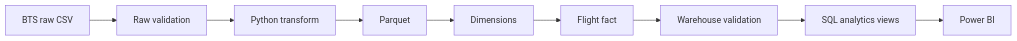
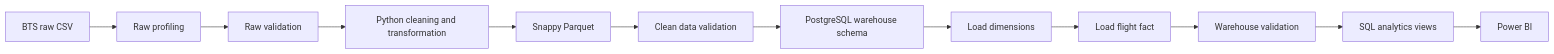
The first of 2 diagrams in README.md (momo840505/flight-reliability-platform), drawn with Mermaid before and after one commit. The commit also changed other lines of this file, not shown here.

````diff
--- a/README.md
+++ b/README.md
@@ -101,11 +109,14 @@
 ```mermaid
 flowchart LR
-    A[BTS raw CSV] --> B[Raw validation]
-    B --> C[Python transform]
-    C --> D[Parquet]
-    D --> E[Dimensions]
-    E --> F[Flight fact]
-    F --> G[Warehouse validation]
-    G --> H[SQL analytics views]
-    H --> I[Power BI]
+    A[BTS raw CSV] --> B[Raw profiling]
+    B --> C[Raw validation]
+    C --> D[Python cleaning and transformation]
+    D --> E[Snappy Parquet]
+    E --> F[Clean data validation]
+    F --> G[PostgreSQL warehouse schema]
+    G --> H[Load dimensions]
+    H --> I[Load flight fact]
+    I --> J[Warehouse validation]
+    J --> K[SQL analytics views]
+    K --> L[Power BI]
 ```
````
